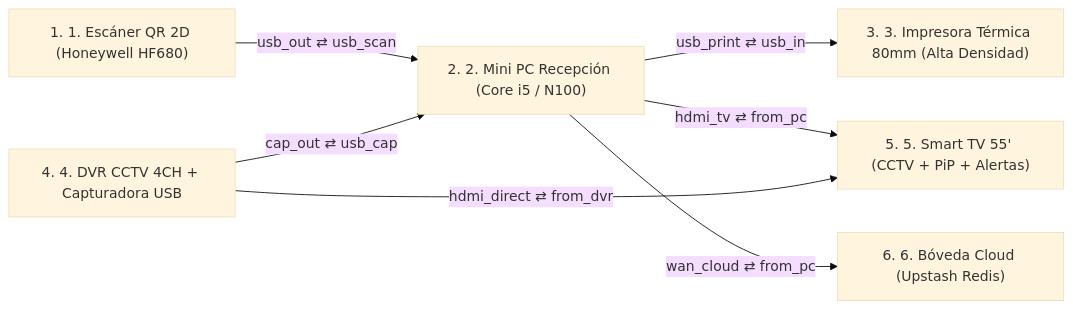
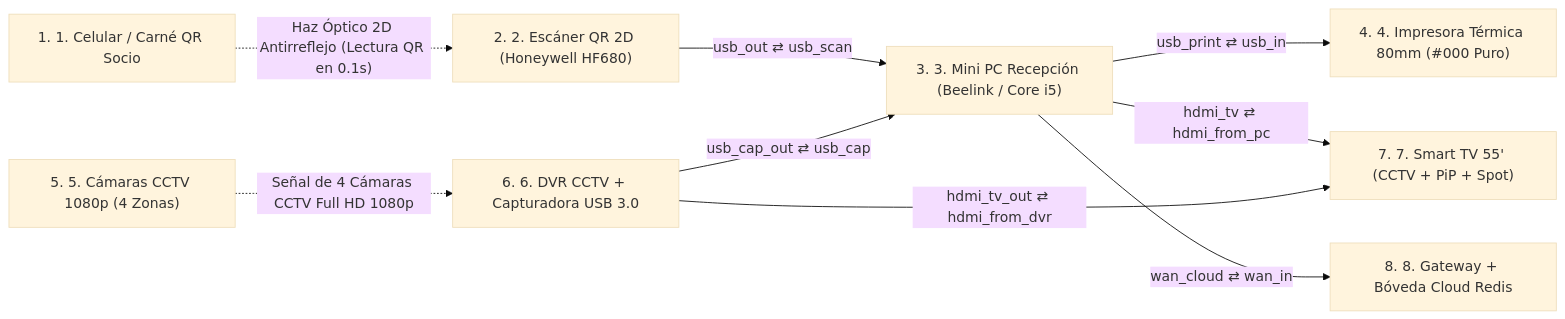
Before and after one commit to YUQUI15/rd-fitness: the diagram in public/anatomy/REPORT.md, drawn with Mermaid (base theme). The commit also changed other lines of this file and 14 other files, not shown here.

````diff
--- a/public/anatomy/REPORT.md
+++ b/public/anatomy/REPORT.md
@@ -22,15 +22,19 @@
 ```mermaid
 flowchart LR
-  scanner["1. 1. Escáner QR 2D (Honeywell HF680)"]
-  minipc["2. 2. Mini PC Recepción (Core i5 / N100)"]
-  printer["3. 3. Impresora Térmica 80mm (Alta Densidad)"]
-  dvr["4. 4. DVR CCTV 4CH + Capturadora USB"]
-  tv["5. 5. Smart TV 55' (CCTV + PiP + Alertas)"]
-  cloud["6. 6. Bóveda Cloud (Upstash Redis)"]
-  scanner -- "usb_out ⇄ usb_scan" --> minipc
-  minipc -- "usb_print ⇄ usb_in" --> printer
-  dvr -- "cap_out ⇄ usb_cap" --> minipc
-  minipc -- "hdmi_tv ⇄ from_pc" --> tv
-  dvr -- "hdmi_direct ⇄ from_dvr" --> tv
-  minipc -- "wan_cloud ⇄ from_pc" --> cloud
+  member_phone["1. 1. Celular / Carné QR Socio"]
+  scanner_2d["2. 2. Escáner QR 2D (Honeywell HF680)"]
+  minipc_pos["3. 3. Mini PC Recepción (Beelink / Core i5)"]
+  thermal_printer["4. 4. Impresora Térmica 80mm (#000 Puro)"]
+  cctv_dome["5. 5. Cámaras CCTV 1080p (4 Zonas)"]
+  dvr_capture["6. 6. DVR CCTV + Capturadora USB 3.0"]
+  smart_tv_55["7. 7. Smart TV 55' (CCTV + PiP + Spot)"]
+  cloud_vault["8. 8. Gateway + Bóveda Cloud Redis"]
+  scanner_2d -- "usb_out ⇄ usb_scan" --> minipc_pos
+  minipc_pos -- "usb_print ⇄ usb_in" --> thermal_printer
+  dvr_capture -- "usb_cap_out ⇄ usb_cap" --> minipc_pos
+  minipc_pos -- "hdmi_tv ⇄ hdmi_from_pc" --> smart_tv_55
+  dvr_capture -- "hdmi_tv_out ⇄ hdmi_from_dvr" --> smart_tv_55
+  minipc_pos -- "wan_cloud ⇄ wan_in" --> cloud_vault
+  member_phone -. "Haz Óptico 2D Antirreflejo (Lectura QR en 0.1s)" .-> scanner_2d
+  cctv_dome -. "Señal de 4 Cámaras CCTV Full HD 1080p" .-> dvr_capture
 ```
````
